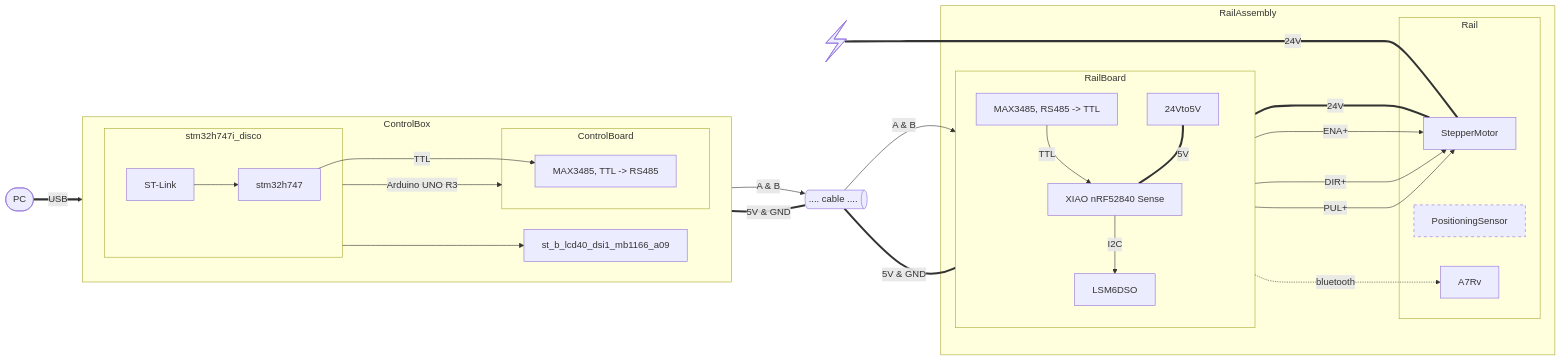
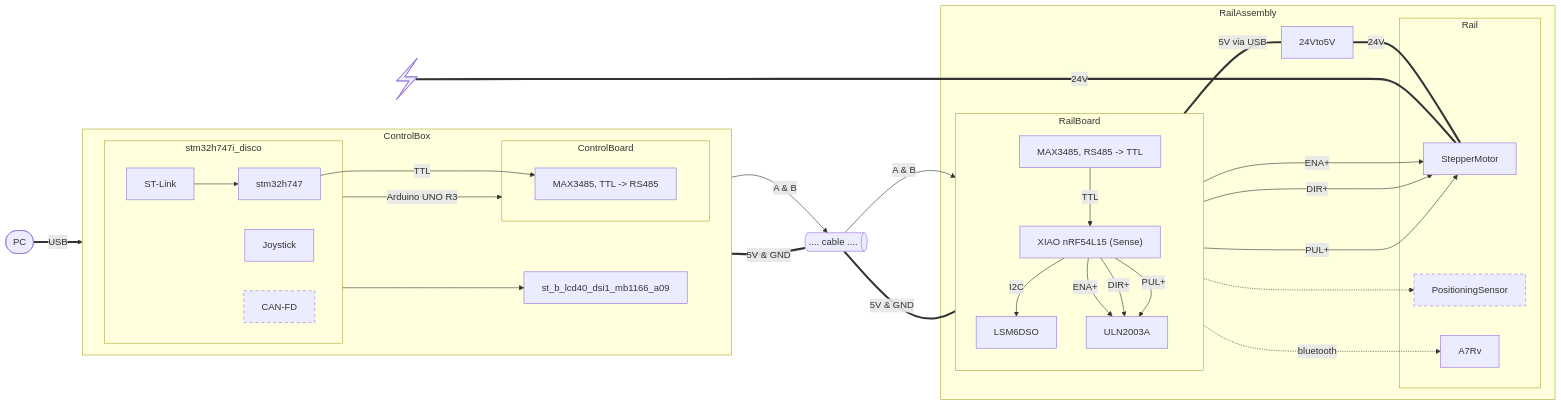
One commit to maxhbr/zephyr-rail changed the diagram in electronics/sketch.with_rs485.mmd. Above: the diagram before and after it, drawn with Mermaid. The commit also changed 1 other file, not shown here.

```diff
--- a/electronics/sketch.with_rs485.mmd
+++ b/electronics/sketch.with_rs485.mmd
@@ -1,59 +1,67 @@
 ---
 config:
 ---
 flowchart LR;
 
   subgraph ControlBox
     direction LR 
     subgraph stm32h747i_disco
       MCU_Left@{ label: "stm32h747" }
       ST-Link --> MCU_Left
+      Joystick
+      CAN-FD
     end
     subgraph ControlBoard
       MAX3485_Left@{ label: "MAX3485, TTL -> RS485" };
       MCU_Left --->|TTL| MAX3485_Left
     end
     stm32h747i_disco -->|Arduino UNO R3| ControlBoard
     DISPLAY@{ label: "st_b_lcd40_dsi1_mb1166_a09" }
     stm32h747i_disco ---> DISPLAY
   end
 
   PC([PC])
   PC ==>|USB| ST-Link
 
   subgraph RailAssembly
     subgraph RailBoard
       direction TB 
-      24Vto5V
       MAX3485_Right@{ label: "MAX3485, RS485 -> TTL" }
-      MCU_Right@{ label: "XIAO nRF52840 Sense" }
+      MCU_Right@{ label: "XIAO nRF54L15 (Sense)" }
       IMU@{label: "LSM6DSO"}
       MCU_Right -->|I2C| IMU
       MAX3485_Right -->|TTL| MCU_Right
-      24Vto5V ===|5V| MCU_Right
+      ULN2003A
+      MCU_Right    -->|ENA+| ULN2003A
+      MCU_Right    -->|DIR+| ULN2003A
+      MCU_Right    -->|PUL+| ULN2003A
     end
     subgraph Rail
       StepperMotor
       PositioningSensor
+      MCU_Right -..-> PositioningSensor
       Camera@{label: "A7Rv"}
     end
 
-    24Vto5V =====|24V| StepperMotor
-    MCU_Right    -->|ENA+| StepperMotor
-    MCU_Right    -->|DIR+| StepperMotor
-    MCU_Right    -->|PUL+| StepperMotor
+    24Vto5V
+    MCU_Right ===|5V via USB| 24Vto5V
+    24Vto5V ===|24V| StepperMotor
+    ULN2003A    -->|ENA+| StepperMotor
+    ULN2003A    -->|DIR+| StepperMotor
+    ULN2003A    -->|PUL+| StepperMotor
   end
 
   cable@{ shape: das, label: ".... cable ...." }
 
   MAX3485_Left -->|A & B| cable
   cable -->|A & B| MAX3485_Right
 
-  cable ===|5V & GND| 24Vto5V
+  cable ===|5V & GND| RailBoard
   ControlBoard ===|5V & GND| cable
 
   24V@{ shape: bolt }
   24V ======|24V| StepperMotor
   MCU_Right-. bluetooth .->Camera
 
+  style CAN-FD stroke-dasharray: 5 5
   style PositioningSensor stroke-dasharray: 5 5
```
